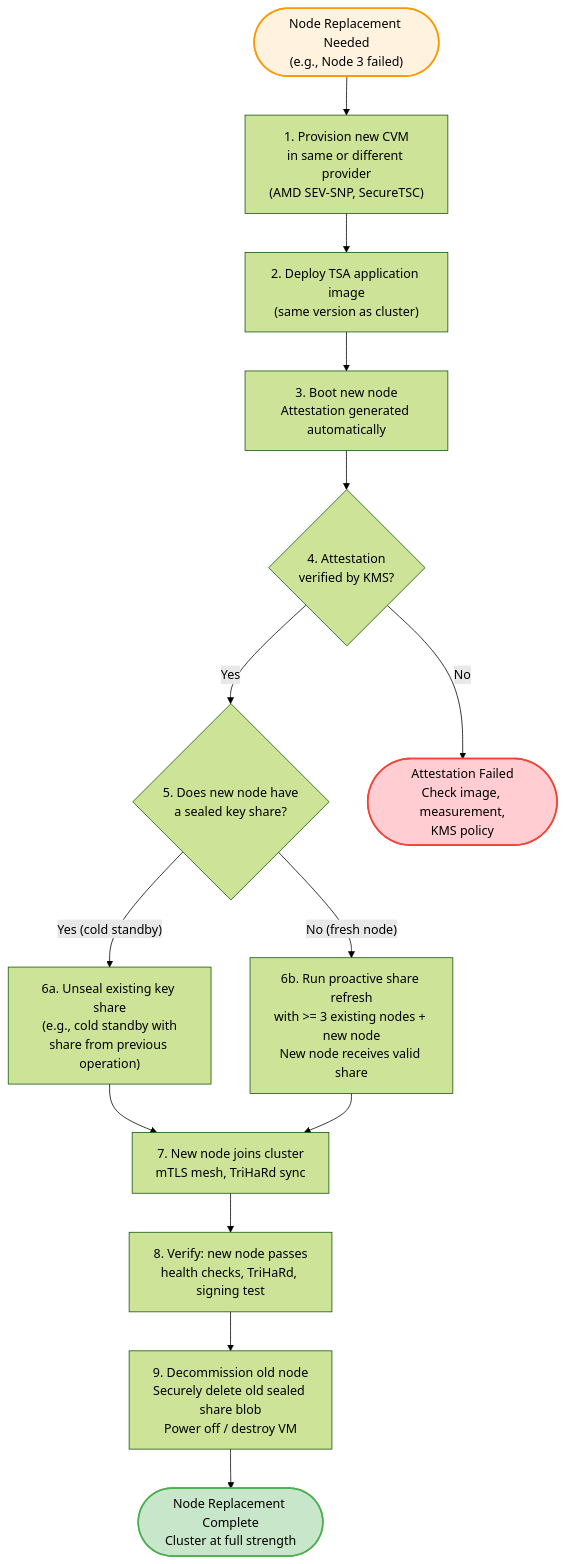
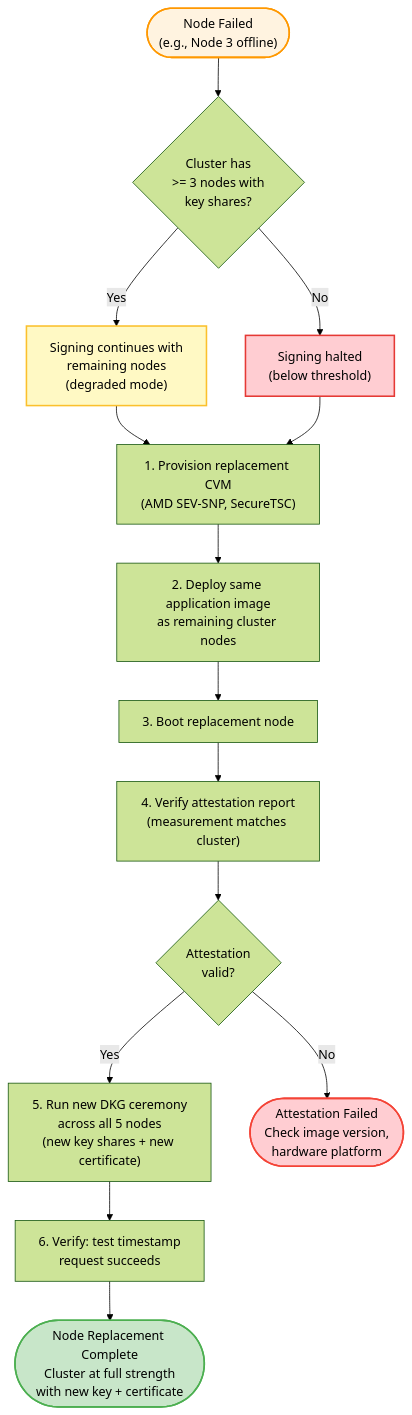
One commit to NickBorgers/confidential-computing-tsa changed the sixth of 7 diagrams in docs/05-operations-and-deployment.md. Above: the diagram before and after it, drawn with Mermaid (forest theme). The commit also changed other lines of this file and 1 other file, not shown here.

First line of the commit message:
Adopt immutable software + ephemeral key model (Phase 2)

````diff
--- a/docs/05-operations-and-deployment.md
+++ b/docs/05-operations-and-deployment.md
@@ -712,38 +714,41 @@
 ```mermaid
 flowchart TD
-    START(["Node Replacement Needed<br/>(e.g., Node 3 failed)"])
+    START(["Node Failed<br/>(e.g., Node 3 offline)"])
 
-    PROVISION["1. Provision new CVM<br/>in same or different provider<br/>(AMD SEV-SNP, SecureTSC)"]
-    DEPLOY["2. Deploy TSA application image<br/>(same version as cluster)"]
-    BOOT["3. Boot new node<br/>Attestation generated automatically"]
-    ATTEST_CHECK{"4. Attestation<br/>verified by KMS?"}
-    HAS_SHARE{"5. Does new node have<br/>a sealed key share?"}
+    CHECK_QUORUM{"Cluster has<br/>>= 3 nodes with<br/>key shares?"}
 
-    UNSEAL["6a. Unseal existing key share<br/>(e.g., cold standby with<br/>share from previous operation)"]
-    REFRESH["6b. Run proactive share refresh<br/>with >= 3 existing nodes + new node<br/>New node receives valid share"]
+    CONTINUE["Signing continues with<br/>remaining nodes<br/>(degraded mode)"]
+    HALTED["Signing halted<br/>(below threshold)"]
 
-    JOIN["7. New node joins cluster<br/>mTLS mesh, TriHaRd sync"]
-    VERIFY["8. Verify: new node passes<br/>health checks, TriHaRd, signing test"]
-    DECOMMISSION["9. Decommission old node<br/>Securely delete old sealed share blob<br/>Power off / destroy VM"]
-    DONE(["Node Replacement Complete<br/>Cluster at full strength"])
+    PROVISION["1. Provision replacement CVM<br/>(AMD SEV-SNP, SecureTSC)"]
+    DEPLOY["2. Deploy same application image<br/>as remaining cluster nodes"]
+    BOOT["3. Boot replacement node"]
+    ATTEST["4. Verify attestation report<br/>(measurement matches cluster)"]
+    ATTEST_CHECK{"Attestation<br/>valid?"}
 
-    FAIL_ATTEST(["Attestation Failed<br/>Check image, measurement,<br/>KMS policy"])
+    DKG["5. Run new DKG ceremony<br/>across all 5 nodes<br/>(new key shares + new certificate)"]
+    VERIFY["6. Verify: test timestamp<br/>request succeeds"]
+    DONE(["Node Replacement Complete<br/>Cluster at full strength<br/>with new key + certificate"])
 
-    START --> PROVISION
+    FAIL_ATTEST(["Attestation Failed<br/>Check image version,<br/>hardware platform"])
+
+    START --> CHECK_QUORUM
+    CHECK_QUORUM -->|"Yes"| CONTINUE
+    CHECK_QUORUM -->|"No"| HALTED
+    CONTINUE --> PROVISION
+    HALTED --> PROVISION
     PROVISION --> DEPLOY
     DEPLOY --> BOOT
-    BOOT --> ATTEST_CHECK
-    ATTEST_CHECK -->|"Yes"| HAS_SHARE
+    BOOT --> ATTEST
+    ATTEST --> ATTEST_CHECK
+    ATTEST_CHECK -->|"Yes"| DKG
     ATTEST_CHECK -->|"No"| FAIL_ATTEST
-    HAS_SHARE -->|"Yes (cold standby)"| UNSEAL
-    HAS_SHARE -->|"No (fresh node)"| REFRESH
-    UNSEAL --> JOIN
-    REFRESH --> JOIN
-    JOIN --> VERIFY
-    VERIFY --> DECOMMISSION
-    DECOMMISSION --> DONE
+    DKG --> VERIFY
+    VERIFY --> DONE
 
     style START fill:#fff3e0,stroke:#ff9800,stroke-width:2px
     style DONE fill:#c8e6c9,stroke:#4caf50,stroke-width:2px
     style FAIL_ATTEST fill:#ffcdd2,stroke:#f44336,stroke-width:2px
+    style CONTINUE fill:#fff9c4,stroke:#fbc02d,stroke-width:2px
+    style HALTED fill:#ffcdd2,stroke:#e53935,stroke-width:2px
 ```
````
